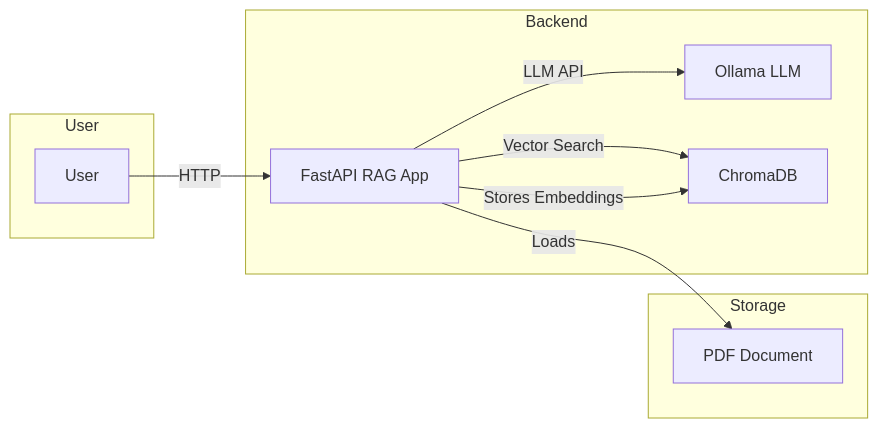
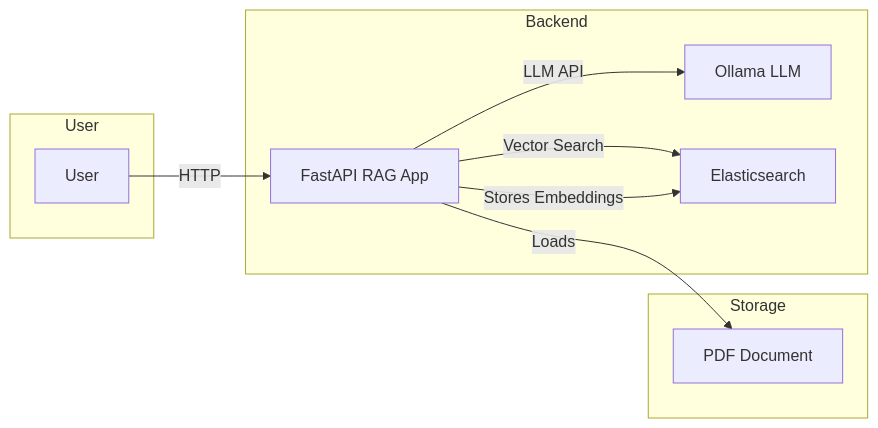
Before and after one commit to PAlejandroQ/Puc_RAG: the first of 2 diagrams in README.md, drawn with Mermaid. The commit also changed other lines of this file and 3 other files, not shown here.

Commit message:
Replace ChromaDB with Elasticsearch in the RAG Document Q&A API. Updated docker-compose.yml, README.md, requirements.txt, and main.py to reflect the new vector store integration. Adjusted environment variables and initialization logic for Elasticsearch.

````diff
--- a/README.md
+++ b/README.md
@@ -87,19 +87,19 @@
 ```mermaid
 graph LR
     subgraph User
         A[User]
     end
     subgraph Backend
         B[FastAPI RAG App]
         C[Ollama LLM]
-        D[ChromaDB]
+        D[Elasticsearch]
     end
     subgraph Storage
         E[PDF Document]
     end
     A -->|HTTP| B
     B -->|LLM API| C
     B -->|Vector Search| D
     B -->|Loads| E
     B -->|Stores Embeddings| D
 ```
````
